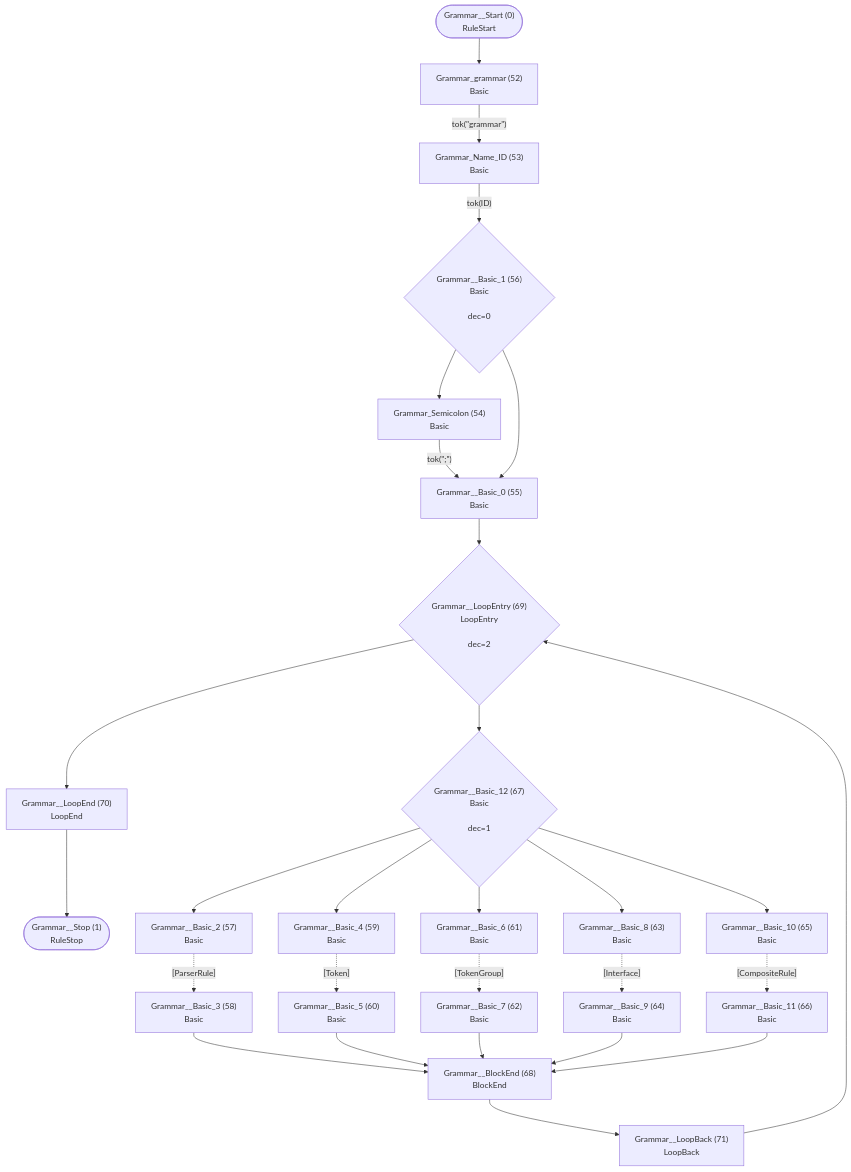
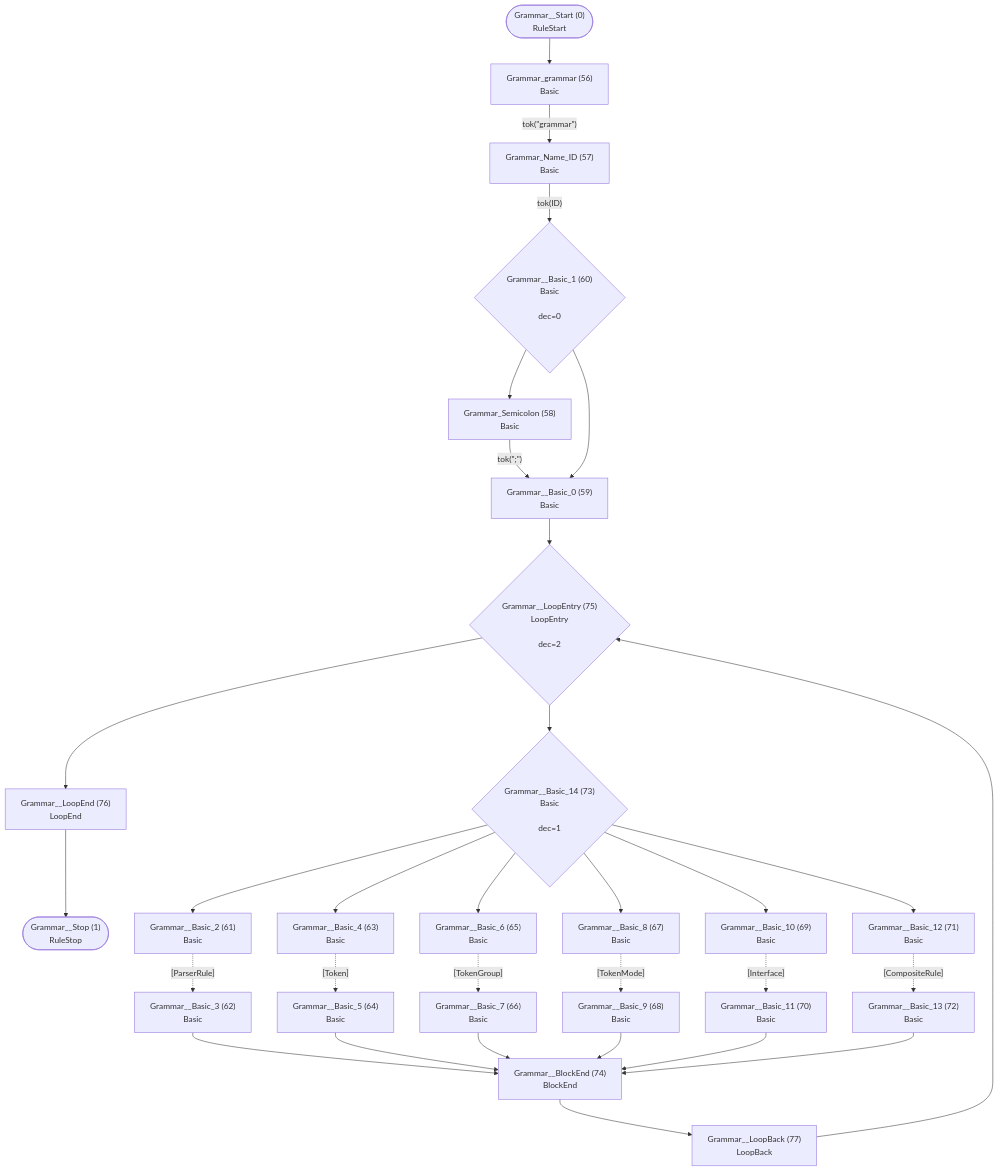
Before and after one commit to TypeFox/fastbelt: the first of 28 diagrams in internal/grammar/atn.md, drawn with Mermaid. The commit also changed other lines of this file and 8 other files, not shown here.

````diff
--- a/internal/grammar/atn.md
+++ b/internal/grammar/atn.md
@@ -5,53 +5,58 @@
 ```mermaid
 flowchart TD
     q0(["Grammar__Start (0)<br/>RuleStart"])
     q1(["Grammar__Stop (1)<br/>RuleStop"])
-    q52["Grammar_grammar (52)<br/>Basic<br/>"]
-    q53["Grammar_Name_ID (53)<br/>Basic<br/>"]
-    q54["Grammar_Semicolon (54)<br/>Basic<br/>"]
-    q55["Grammar__Basic_0 (55)<br/>Basic<br/>"]
-    q56{"Grammar__Basic_1 (56)<br/>Basic<br/><br/>dec=0"}
-    q57["Grammar__Basic_2 (57)<br/>Basic<br/>"]
-    q58["Grammar__Basic_3 (58)<br/>Basic<br/>"]
-    q59["Grammar__Basic_4 (59)<br/>Basic<br/>"]
-    q60["Grammar__Basic_5 (60)<br/>Basic<br/>"]
-    q61["Grammar__Basic_6 (61)<br/>Basic<br/>"]
-    q62["Grammar__Basic_7 (62)<br/>Basic<br/>"]
-    q63["Grammar__Basic_8 (63)<br/>Basic<br/>"]
-    q64["Grammar__Basic_9 (64)<br/>Basic<br/>"]
-    q65["Grammar__Basic_10 (65)<br/>Basic<br/>"]
-    q66["Grammar__Basic_11 (66)<br/>Basic<br/>"]
-    q67{"Grammar__Basic_12 (67)<br/>Basic<br/><br/>dec=1"}
-    q68["Grammar__BlockEnd (68)<br/>BlockEnd<br/>"]
-    q69{"Grammar__LoopEntry (69)<br/>LoopEntry<br/><br/>dec=2"}
-    q70["Grammar__LoopEnd (70)<br/>LoopEnd<br/>"]
-    q71["Grammar__LoopBack (71)<br/>LoopBack<br/>"]
+    q56["Grammar_grammar (56)<br/>Basic<br/>"]
+    q57["Grammar_Name_ID (57)<br/>Basic<br/>"]
+    q58["Grammar_Semicolon (58)<br/>Basic<br/>"]
+    q59["Grammar__Basic_0 (59)<br/>Basic<br/>"]
+    q60{"Grammar__Basic_1 (60)<br/>Basic<br/><br/>dec=0"}
+    q61["Grammar__Basic_2 (61)<br/>Basic<br/>"]
+    q62["Grammar__Basic_3 (62)<br/>Basic<br/>"]
+    q63["Grammar__Basic_4 (63)<br/>Basic<br/>"]
+    q64["Grammar__Basic_5 (64)<br/>Basic<br/>"]
+    q65["Grammar__Basic_6 (65)<br/>Basic<br/>"]
+    q66["Grammar__Basic_7 (66)<br/>Basic<br/>"]
+    q67["Grammar__Basic_8 (67)<br/>Basic<br/>"]
+    q68["Grammar__Basic_9 (68)<br/>Basic<br/>"]
+    q69["Grammar__Basic_10 (69)<br/>Basic<br/>"]
+    q70["Grammar__Basic_11 (70)<br/>Basic<br/>"]
+    q71["Grammar__Basic_12 (71)<br/>Basic<br/>"]
+    q72["Grammar__Basic_13 (72)<br/>Basic<br/>"]
+    q73{"Grammar__Basic_14 (73)<br/>Basic<br/><br/>dec=1"}
+    q74["Grammar__BlockEnd (74)<br/>BlockEnd<br/>"]
+    q75{"Grammar__LoopEntry (75)<br/>LoopEntry<br/><br/>dec=2"}
+    q76["Grammar__LoopEnd (76)<br/>LoopEnd<br/>"]
+    q77["Grammar__LoopBack (77)<br/>LoopBack<br/>"]
 
-    q0 --> q52
-    q52 -->|"tok(&quot;grammar&quot;)"| q53
-    q53 -->|"tok(ID)"| q56
-    q54 -->|"tok(&quot;;&quot;)"| q55
-    q55 --> q69
-    q56 --> q54
-    q56 --> q55
-    q57 -.->|"[ParserRule]"| q58
-    q58 --> q68
-    q59 -.->|"[Token]"| q60
-    q60 --> q68
-    q61 -.->|"[TokenGroup]"| q62
-    q62 --> q68
-    q63 -.->|"[Interface]"| q64
-    q64 --> q68
-    q65 -.->|"[CompositeRule]"| q66
-    q66 --> q68
-    q67 --> q57
-    q67 --> q59
-    q67 --> q61
-    q67 --> q63
-    q67 --> q65
-    q68 --> q71
-    q69 --> q67
-    q69 --> q70
-    q70 --> q1
-    q71 --> q69
+    q0 --> q56
+    q56 -->|"tok(&quot;grammar&quot;)"| q57
+    q57 -->|"tok(ID)"| q60
+    q58 -->|"tok(&quot;;&quot;)"| q59
+    q59 --> q75
+    q60 --> q58
+    q60 --> q59
+    q61 -.->|"[ParserRule]"| q62
+    q62 --> q74
+    q63 -.->|"[Token]"| q64
+    q64 --> q74
+    q65 -.->|"[TokenGroup]"| q66
+    q66 --> q74
+    q67 -.->|"[TokenMode]"| q68
+    q68 --> q74
+    q69 -.->|"[Interface]"| q70
+    q70 --> q74
+    q71 -.->|"[CompositeRule]"| q72
+    q72 --> q74
+    q73 --> q61
+    q73 --> q63
+    q73 --> q65
+    q73 --> q67
+    q73 --> q69
+    q73 --> q71
+    q74 --> q77
+    q75 --> q73
+    q75 --> q76
+    q76 --> q1
+    q77 --> q75
 ```
````
